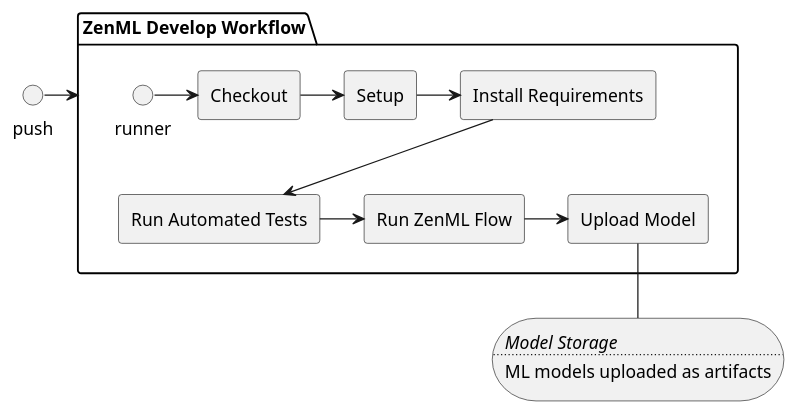
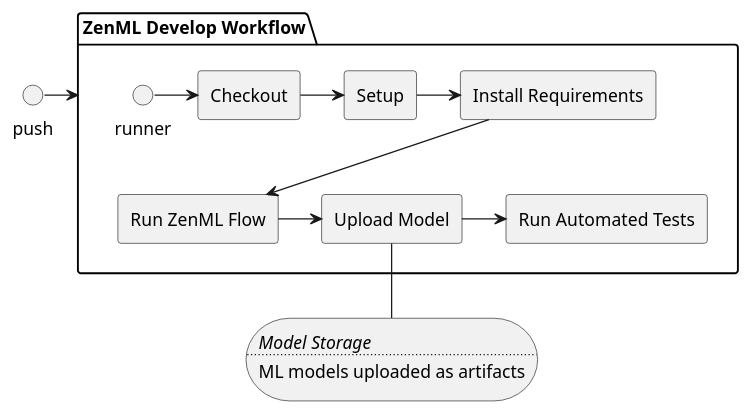
The diagram in architecture/CIRunner.puml (fdevi3-mle/french-road-accidents), drawn with PlantUML before and after one commit. The commit also changed 1 other file, not shown here.

Commit message:
Update flow

```diff
--- a/architecture/CIRunner.puml
+++ b/architecture/CIRunner.puml
@@ -1,26 +1,26 @@
 @startuml
 'https://plantuml.com/component-diagram
 skinparam componentStyle rectangle
 
 "push" -> "ZenML Develop Workflow"
 
 package "ZenML Develop Workflow" {
  runner -> [Checkout]
  [Checkout] -> [Setup]
  [Setup] -> [Install Requirements]
- [Install Requirements] --> [Run Automated Tests]
- [Run Automated Tests] -> [Run ZenML Flow]
-[Run ZenML Flow] -> [Upload Model]
+ [Install Requirements] --> [Run ZenML Flow]
+ [Run ZenML Flow] ->[Upload Model]
+[Upload Model] -> [Run Automated Tests]
 }
 storage model_store[
     <i>Model Storage
 ....
 ML models uploaded as artifacts
 ]
 
 
 
 [Upload Model] -- model_store
 
 
 @enduml
```
